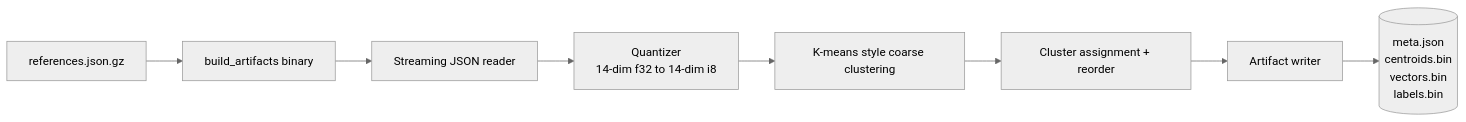
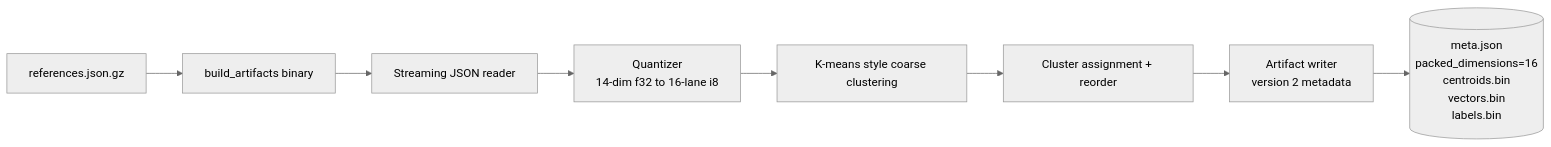
The fourth of 5 diagrams in docs/en/IMPLEMENTATION_C4.md (rwebler/rinha-de-backend-2026), drawn with Mermaid (neutral theme) before and after one commit. The commit also changed other lines of this file and 4 other files, not shown here.

````diff
--- a/docs/en/IMPLEMENTATION_C4.md
+++ b/docs/en/IMPLEMENTATION_C4.md
@@ -101,19 +102,19 @@
 ```mermaid
 flowchart LR
     raw[references.json.gz]
     build[build_artifacts binary]
     stream[Streaming JSON reader]
-    quantize[Quantizer<br/>14-dim f32 to 14-dim i8]
+    quantize[Quantizer<br/>14-dim f32 to 16-lane i8]
     cluster[K-means style coarse clustering]
     assign[Cluster assignment + reorder]
-    write[Artifact writer]
-    out[(meta.json<br/>centroids.bin<br/>vectors.bin<br/>labels.bin)]
+    write[Artifact writer<br/>version 2 metadata]
+    out[(meta.json<br/>packed_dimensions=16<br/>centroids.bin<br/>vectors.bin<br/>labels.bin)]
 
     raw --> build
     build --> stream
     stream --> quantize
     quantize --> cluster
     cluster --> assign
     assign --> write
     write --> out
 ```
````
